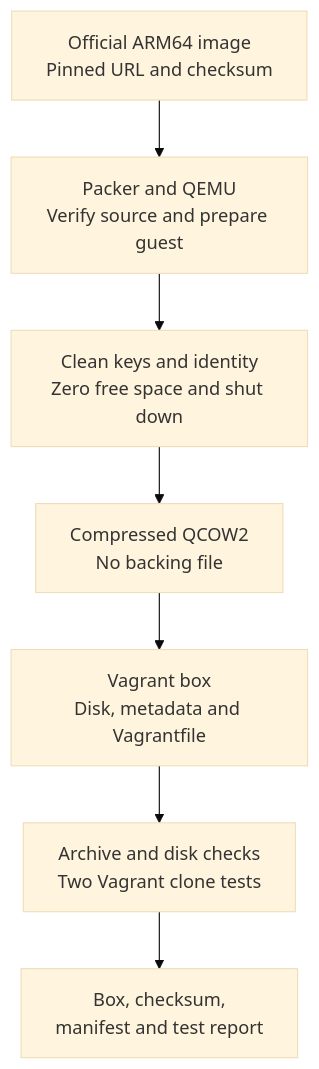
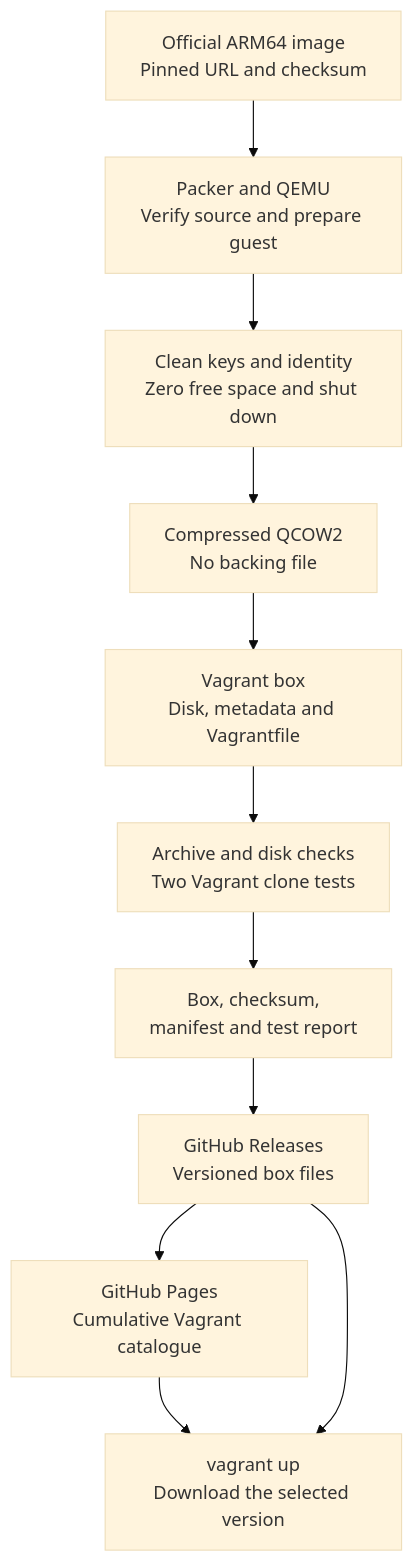
Before and after one commit to cdelgehier/image-factory: the diagram in README.md, drawn with Mermaid (base theme). The commit also changed other lines of this file and 11 other files, not shown here.

Commit message:
fix: serve Vagrant catalogues through GitHub Pages

````diff
--- a/README.md
+++ b/README.md
@@ -40,11 +42,16 @@
 ```mermaid
 flowchart TD
     source["Official ARM64 image<br/>Pinned URL and checksum"]
     prepare["Packer and QEMU<br/>Verify source and prepare guest"]
     clean["Clean keys and identity<br/>Zero free space and shut down"]
     disk["Compressed QCOW2<br/>No backing file"]
     box["Vagrant box<br/>Disk, metadata and Vagrantfile"]
     tests["Archive and disk checks<br/>Two Vagrant clone tests"]
     ready["Box, checksum,<br/>manifest and test report"]
+    release["GitHub Releases<br/>Versioned box files"]
+    catalogue["GitHub Pages<br/>Cumulative Vagrant catalogue"]
+    use["vagrant up<br/>Download the selected version"]
     source --> prepare --> clean --> disk --> box --> tests --> ready
+    ready --> release --> catalogue --> use
+    release --> use
 ```
````
